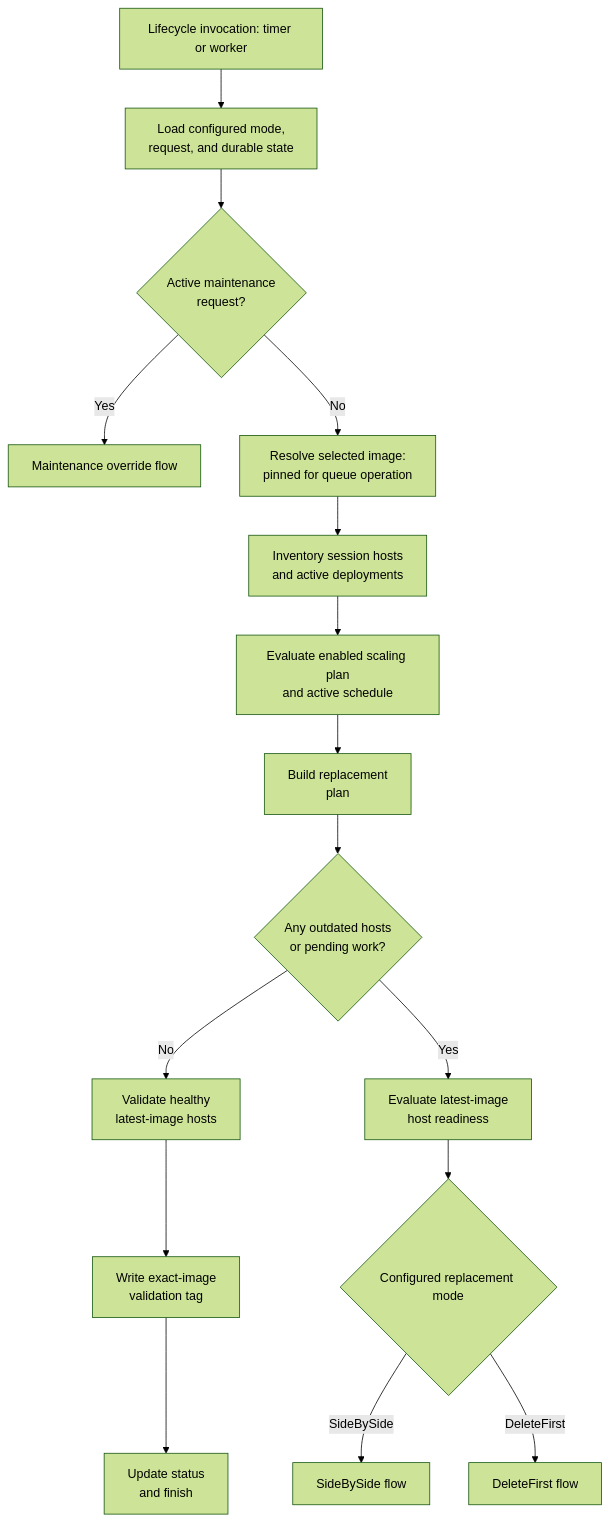
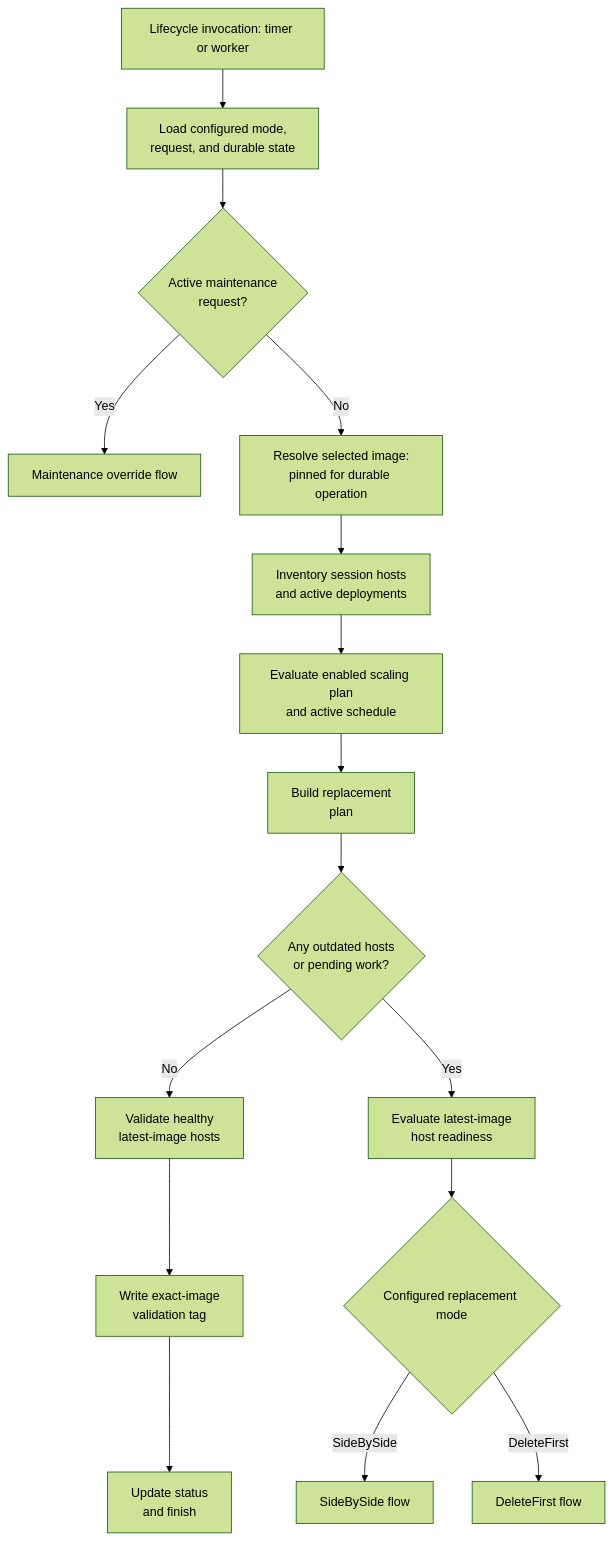
Before and after one commit to Azure/FederalAVD: the second of 5 diagrams in deployments/add-ons/sessionHostReplacer/replacement-flow.md, drawn with Mermaid (forest theme). The commit also changed other lines of this file and 36 other files, not shown here.

````diff
--- a/deployments/add-ons/sessionHostReplacer/replacement-flow.md
+++ b/deployments/add-ons/sessionHostReplacer/replacement-flow.md
@@ -124,18 +159,18 @@
 ```mermaid
 flowchart TD
     A[Lifecycle invocation: timer or worker] --> B["Load configured mode,<br/>request, and durable state"]
     B --> R{"Active maintenance<br/>request?"}
     R -- Yes --> MW[Maintenance override flow]
-    R -- No --> C["Resolve selected image:<br/>pinned for queue operation"]
+    R -- No --> C["Resolve selected image:<br/>pinned for durable operation"]
     C --> D["Inventory session hosts<br/>and active deployments"]
     D --> E["Evaluate enabled scaling plan<br/>and active schedule"]
     E --> F["Build replacement<br/>plan"]
     F --> G{"Any outdated hosts<br/>or pending work?"}
     G -- No --> H["Validate healthy<br/>latest-image hosts"]
     H --> I["Write exact-image<br/>validation tag"]
     I --> J["Update status<br/>and finish"]
     G -- Yes --> K["Evaluate latest-image<br/>host readiness"]
     K --> L{Configured replacement mode}
     L -- SideBySide --> SBS[SideBySide flow]
     L -- DeleteFirst --> DF[DeleteFirst flow]
 ```
````
